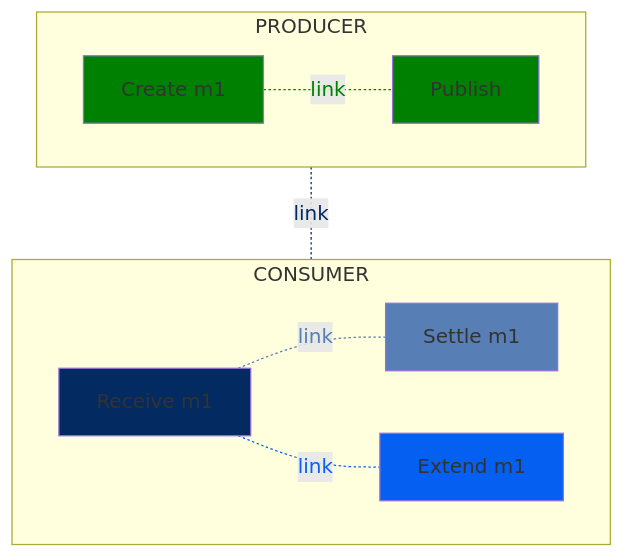
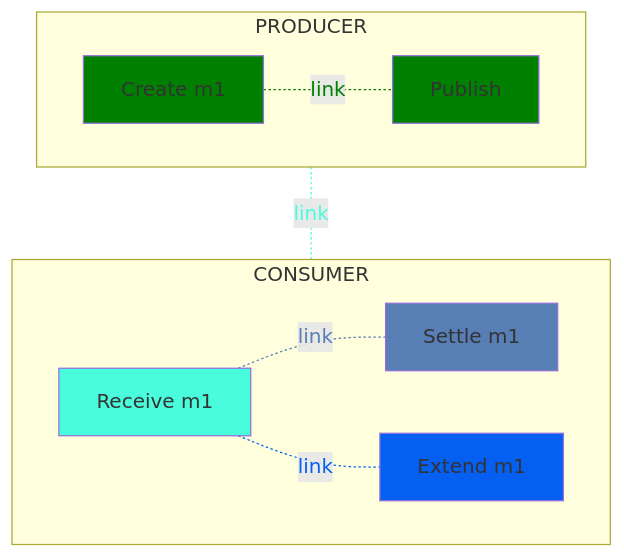
One commit to open-telemetry/semantic-conventions changed the second of 2 diagrams in docs/messaging/gcp-pubsub.md. Above: the diagram before and after it, drawn with Mermaid.

Commit message:
change color of receive

````diff
--- a/docs/messaging/gcp-pubsub.md
+++ b/docs/messaging/gcp-pubsub.md
@@ -79,41 +79,41 @@
 ```mermaid
 flowchart TD;
   subgraph CONSUMER
   direction LR
   R1[Receive m1]
   SM1[Settle m1]
   EM1[Extend m1]
   end
   subgraph PRODUCER
   direction LR
   CM1[Create m1]
   PM1[Publish]
   end
   %% Link 0
   CM1-. link .-PM1;
   %% Link 1
   CM1-. link .-R1;
   %% Link 2
   R1-. link .-SM1;
   %% Link 3
   R1-. link .-EM1;
 
   %% Style the node and corresponding link
   %% Producer links and nodes
   classDef producer fill:green
   class PM1,CM1 producer
   linkStyle 0 color:green,stroke:green
 
   %% Consumer links and nodes
-  classDef consumer fill:#032a61
+  classDef consumer fill:#49fcdc
   class R1 consumer
-  linkStyle 1 color:#032a61,stroke:#032a61
+  linkStyle 1 color:#49fcdc,stroke:#49fcdc
 
   classDef ack fill:#577eb5
   class SM1 ack
   linkStyle 2 color:#577eb5,stroke:#577eb5
 
   classDef extend fill:#0560f2
   class EM1 extend
   linkStyle 3 color:#0560f2,stroke:#0560f2
 ```
````
